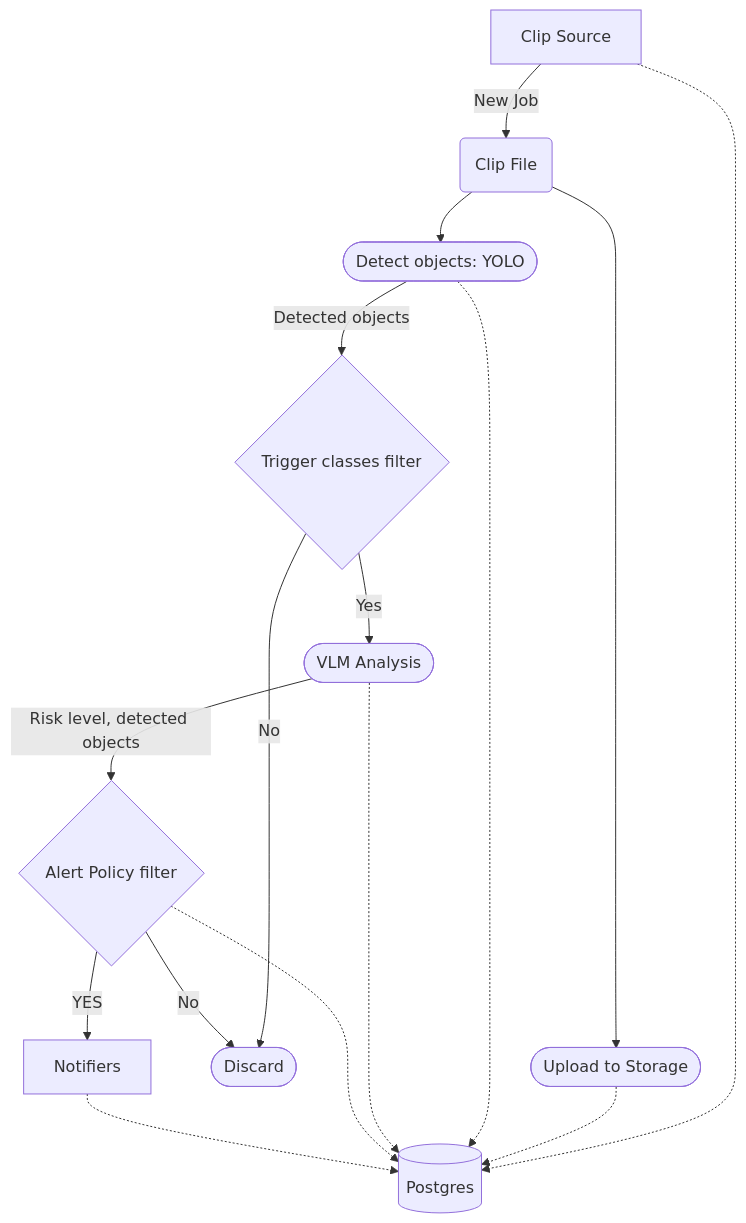
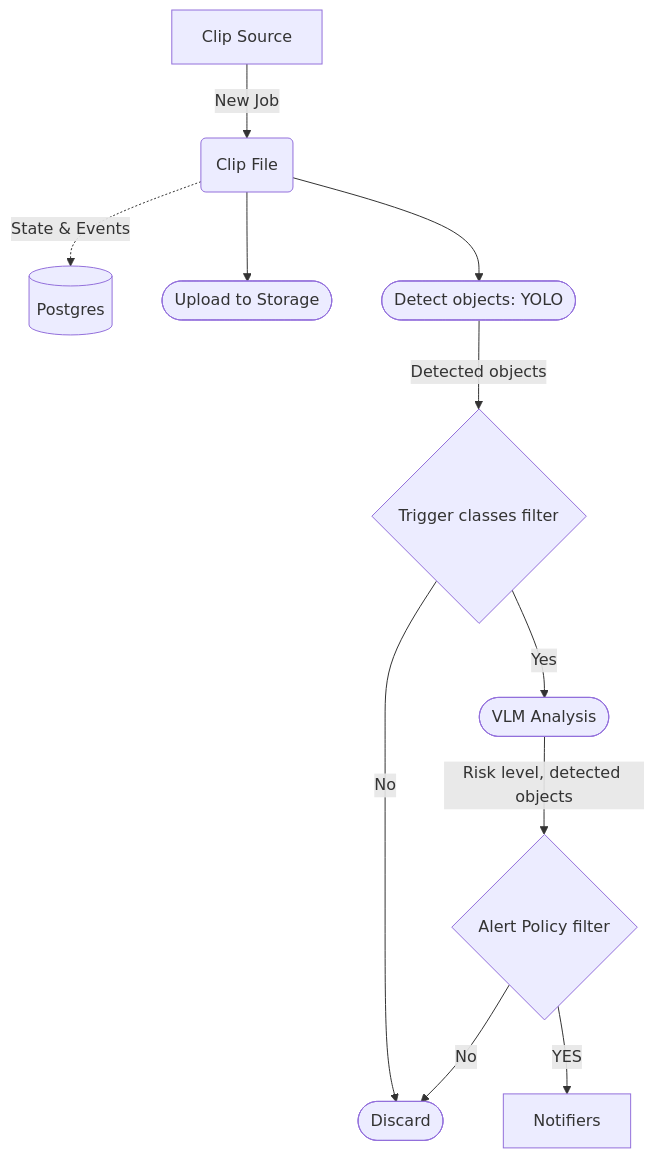
Before and after one commit to lan17/homesec: the diagram in README.md, drawn with Mermaid.

Commit message:
docs: clean up mermaid diagram with simplified Postgres tracking

````diff
--- a/README.md
+++ b/README.md
@@ -21,21 +21,14 @@
 ```mermaid
 graph TD
     S[Clip Source] -->|New Job| C(Clip File)
+    PG[(Postgres)]
+    C -.->|State & Events| PG
     C --> U([Upload to Storage])
     C --> F([Detect objects: YOLO])
     F -->|Detected objects| AI{Trigger classes filter}
     AI -->|Yes| V([VLM Analysis])
     AI -->|No| D([Discard])
     V -->|Risk level, detected objects| P{Alert Policy filter}
     P -->|No| D
     P -->|YES| N[Notifiers]
-
-    %% State tracking connections
-    PG[(Postgres)]
-    S -.-> PG
-    U -.-> PG
-    F -.-> PG
-    V -.-> PG
-    P -.-> PG
-    N -.-> PG
 ```
````
